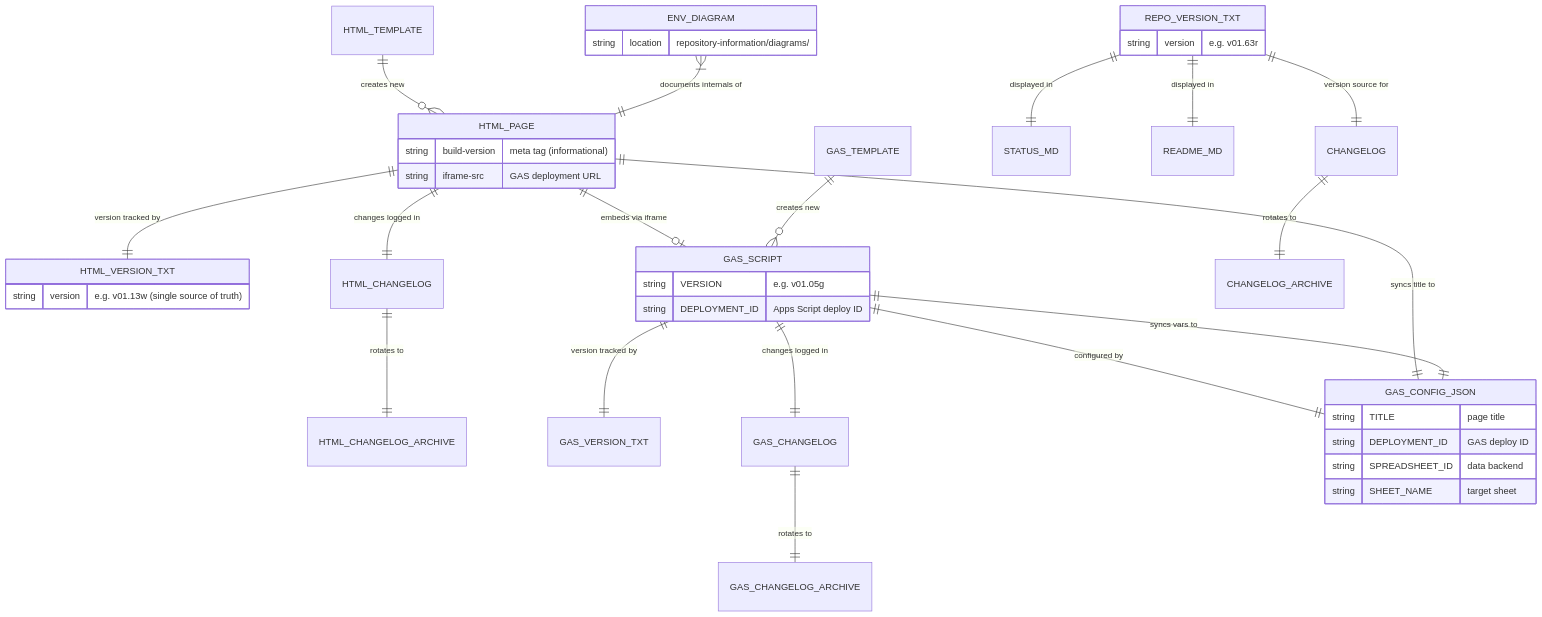
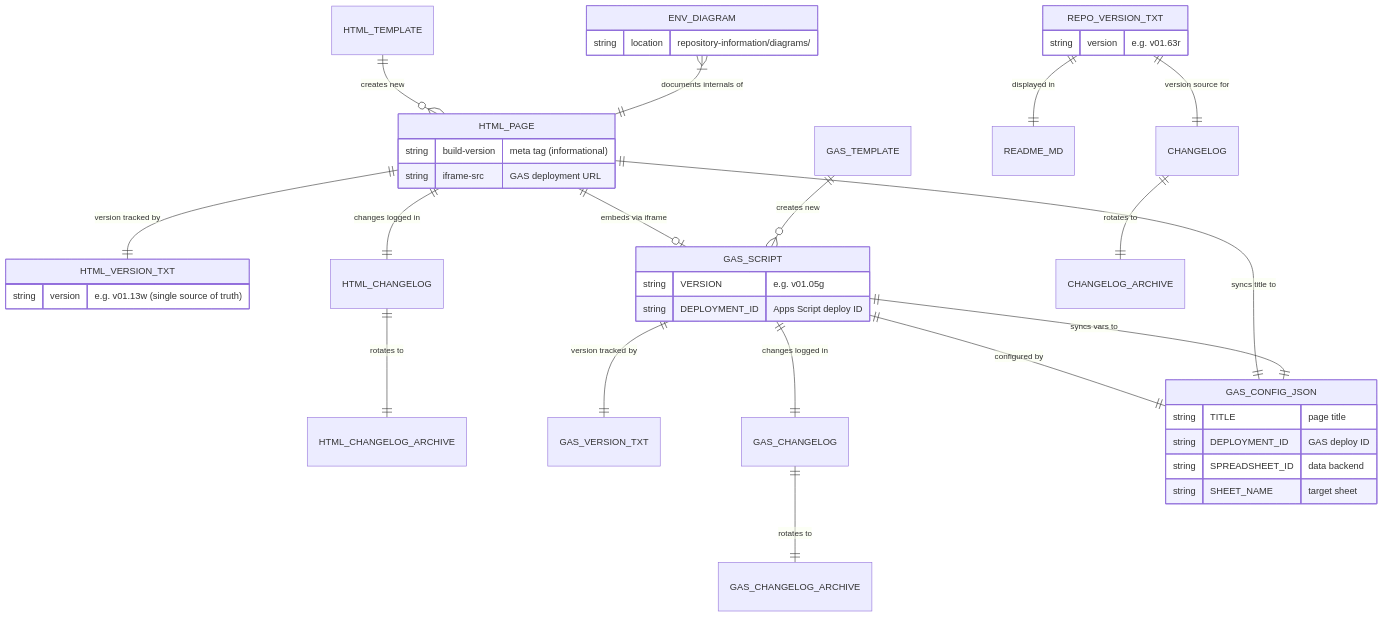
One commit to ShadowAISolutions/saistemplateprojectrepo changed the sixth of 7 diagrams in repository-information/REPO-ARCHITECTURE.md. Above: the diagram before and after it, drawn with Mermaid. The commit also changed other lines of this file and 15 other files, not shown here.

````diff
--- a/repository-information/REPO-ARCHITECTURE.md
+++ b/repository-information/REPO-ARCHITECTURE.md
@@ -401,49 +401,48 @@
 ```mermaid
 erDiagram
     HTML_PAGE ||--|| HTML_VERSION_TXT : "version tracked by"
     HTML_PAGE ||--|| HTML_CHANGELOG : "changes logged in"
     HTML_PAGE ||--o| GAS_SCRIPT : "embeds via iframe"
     HTML_CHANGELOG ||--|| HTML_CHANGELOG_ARCHIVE : "rotates to"
 
     GAS_SCRIPT ||--|| GAS_VERSION_TXT : "version tracked by"
     GAS_SCRIPT ||--|| GAS_CHANGELOG : "changes logged in"
     GAS_SCRIPT ||--|| GAS_CONFIG_JSON : "configured by"
     GAS_CHANGELOG ||--|| GAS_CHANGELOG_ARCHIVE : "rotates to"
 
     GAS_CONFIG_JSON ||--|| HTML_PAGE : "syncs title to"
     GAS_CONFIG_JSON ||--|| GAS_SCRIPT : "syncs vars to"
 
     REPO_VERSION_TXT ||--|| CHANGELOG : "version source for"
     CHANGELOG ||--|| CHANGELOG_ARCHIVE : "rotates to"
-    REPO_VERSION_TXT ||--|| STATUS_MD : "displayed in"
     REPO_VERSION_TXT ||--|| README_MD : "displayed in"
 
     HTML_TEMPLATE ||--o{ HTML_PAGE : "creates new"
     GAS_TEMPLATE ||--o{ GAS_SCRIPT : "creates new"
 
     ENV_DIAGRAM }|--|| HTML_PAGE : "documents internals of"
 
     HTML_PAGE {
         string build-version "meta tag (informational)"
         string iframe-src "GAS deployment URL"
     }
     HTML_VERSION_TXT {
         string version "e.g. v01.13w (single source of truth)"
     }
     GAS_SCRIPT {
         string VERSION "e.g. v01.05g"
         string DEPLOYMENT_ID "Apps Script deploy ID"
     }
     GAS_CONFIG_JSON {
         string TITLE "page title"
         string DEPLOYMENT_ID "GAS deploy ID"
         string SPREADSHEET_ID "data backend"
         string SHEET_NAME "target sheet"
     }
     REPO_VERSION_TXT {
         string version "e.g. v01.63r"
     }
     ENV_DIAGRAM {
         string location "repository-information/diagrams/"
     }
 ```
````
